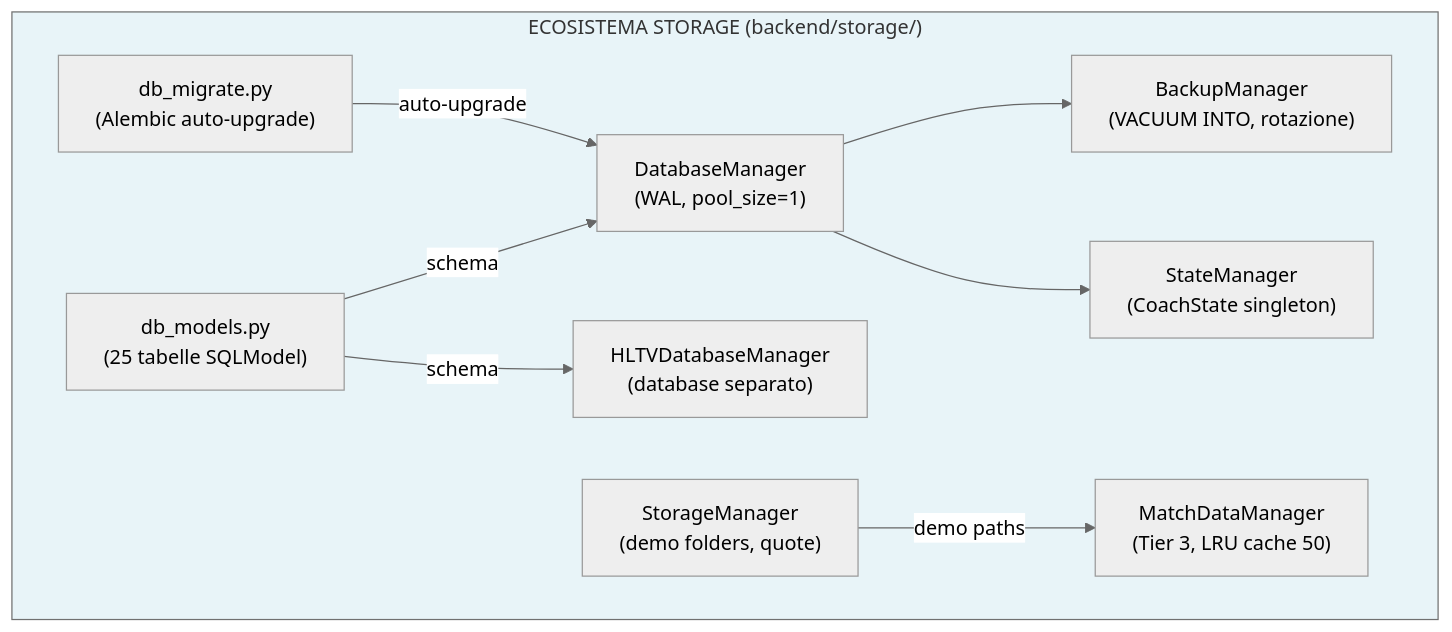
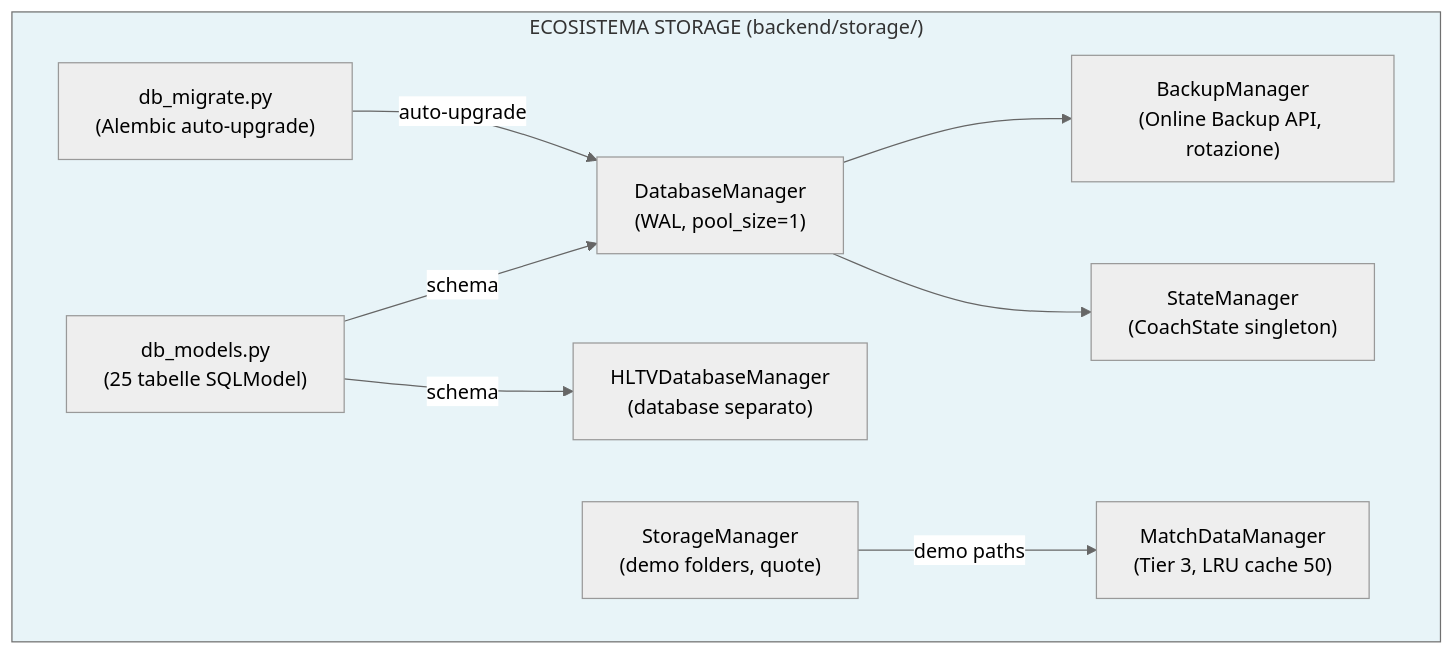
Diagram 42 of 49 in docs/books/Book-Coach-2.md (renanaugustomacena-ux/Counter-Strike-coach-AI), drawn with Mermaid (neutral theme) before and after one commit. The commit also changed other lines of this file and 77 other files, not shown here.

````diff
--- a/docs/books/Book-Coach-2.md
+++ b/docs/books/Book-Coach-2.md
@@ -2103,21 +2103,21 @@
 ```mermaid
 flowchart TB
     subgraph STORAGE["ECOSISTEMA STORAGE (backend/storage/)"]
         DBM["DatabaseManager<br/>(WAL, pool_size=1)"]
         HLTV_DBM["HLTVDatabaseManager<br/>(database separato)"]
         MDM["MatchDataManager<br/>(Tier 3, LRU cache 50)"]
-        BM["BackupManager<br/>(VACUUM INTO, rotazione)"]
+        BM["BackupManager<br/>(Online Backup API, rotazione)"]
         SM["StorageManager<br/>(demo folders, quote)"]
         STM["StateManager<br/>(CoachState singleton)"]
         MODELS["db_models.py<br/>(25 tabelle SQLModel)"]
         MIG["db_migrate.py<br/>(Alembic auto-upgrade)"]
     end
     MODELS -->|"schema"| DBM
     MODELS -->|"schema"| HLTV_DBM
     DBM --> BM
     DBM --> STM
     MIG -->|"auto-upgrade"| DBM
     SM -->|"demo paths"| MDM
 
     style STORAGE fill:#e8f4f8
 ```
````
